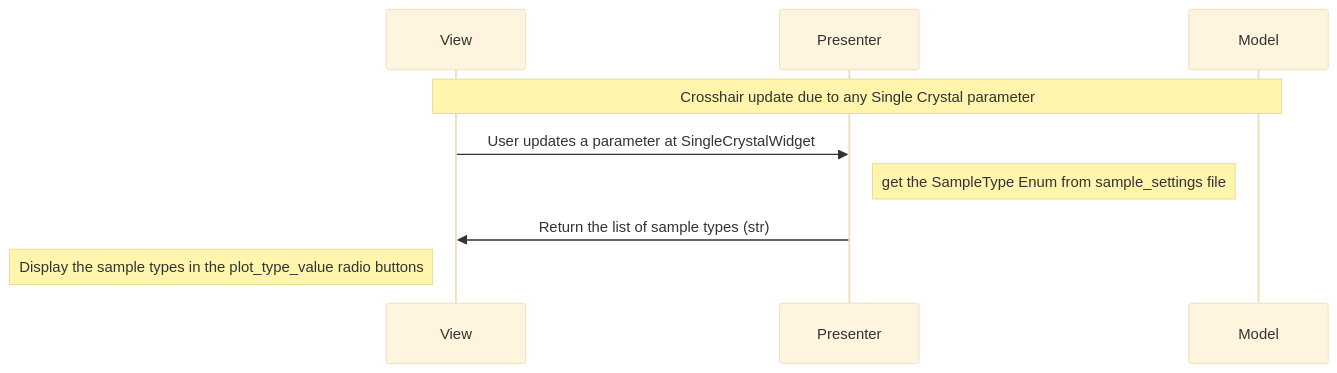
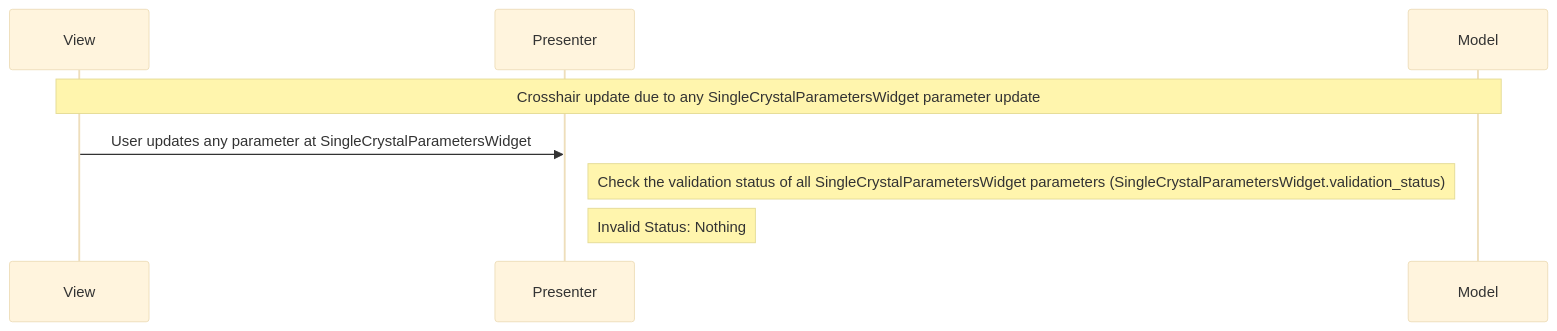
Before and after one commit to neutrons/hyspecppt: diagram 13 of 13 in docs/source/design/hyspecpptclasses.rst, drawn with Mermaid (base theme). The commit also changed other lines of this file and 1 other file, not shown here.

```diff
--- a/docs/source/design/hyspecpptclasses.rst
+++ b/docs/source/design/hyspecpptclasses.rst
@@ -534,12 +630,10 @@
-    .. mermaid::
+        .. mermaid::
 
-        sequenceDiagram
-            participant View
-            participant Presenter
-            participant Model
-
-            Note over View,Model: Crosshair update due to any Single Crystal parameter
-            View->>Presenter: User updates a parameter at SingleCrystalWidget
-            Note right of Presenter: get the SampleType Enum from sample_settings file
-            Presenter->>View: Return the list of sample types (str)
-            Note left of View: Display the sample types in the plot_type_value radio buttons
+            sequenceDiagram
+                participant View
+                participant Presenter
+                participant Model
+                Note over View,Model: Crosshair update due to any SingleCrystalParametersWidget parameter update
+                View->>Presenter: User updates any parameter at SingleCrystalParametersWidget
+                Note right of Presenter: Check the validation status of all SingleCrystalParametersWidget parameters (SingleCrystalParametersWidget.validation_status)
+                Note right of Presenter: Invalid Status: Nothing
```
